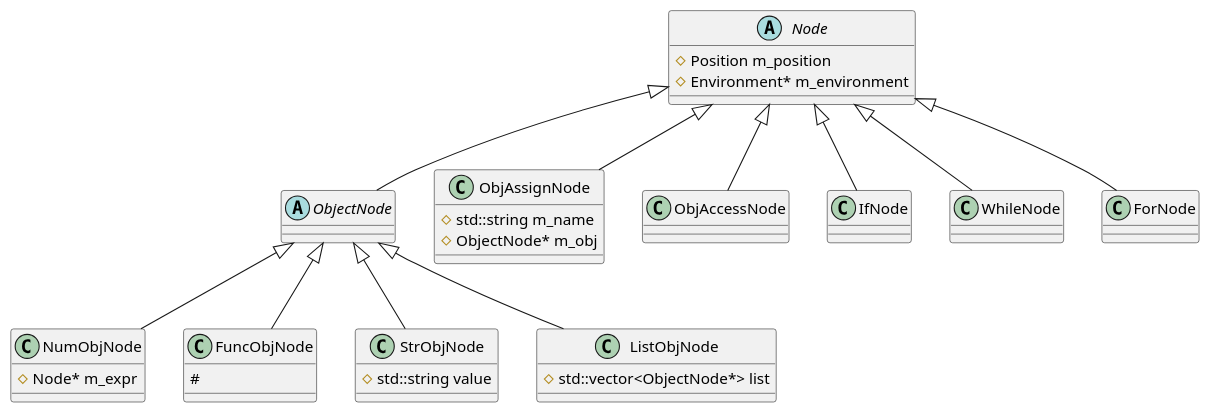
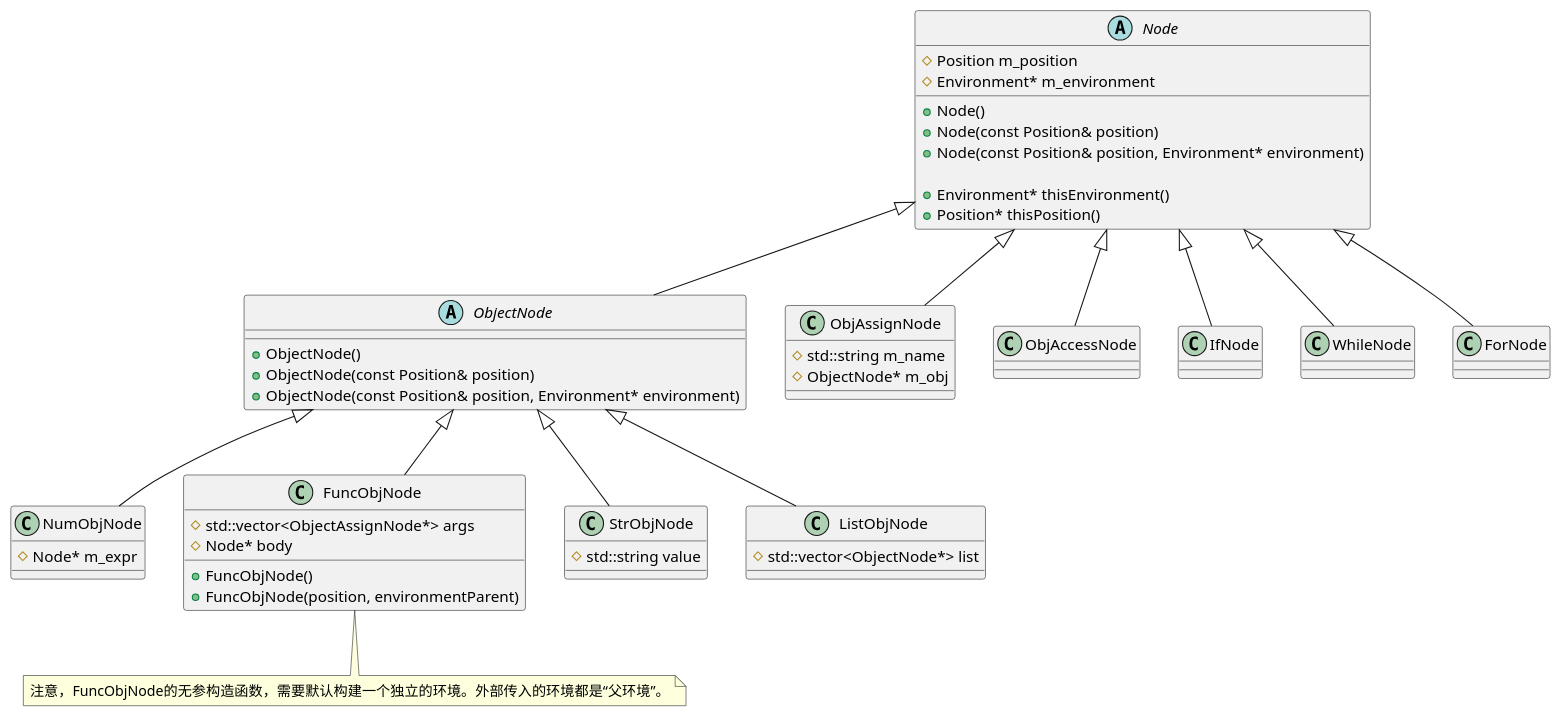
The diagram in doc/uml/node.puml (hereismg/Hydrogen), drawn with PlantUML before and after one commit. The commit also changed 17 other files, not shown here.

```diff
--- a/doc/uml/node.puml
+++ b/doc/uml/node.puml
@@ -1,47 +1,63 @@
 @startuml
 '!include https://unpkg.com/plantuml-style-c4@latest/core.puml
 '!theme std
 
 'https://plantuml.com/class-diagram
 abstract class Node{
     # Position m_position
     # Environment* m_environment
+
+    + Node()
+    + Node(const Position& position)
+    + Node(const Position& position, Environment* environment)
+
+    + Environment* thisEnvironment()
+    + Position* thisPosition()
 }
 
-abstract class ObjectNode
+abstract class ObjectNode{
+    + ObjectNode()
+    + ObjectNode(const Position& position)
+    + ObjectNode(const Position& position, Environment* environment)
+}
 class NumObjNode{
     # Node* m_expr
 }
 class FuncObjNode{
-    #
+    # std::vector<ObjectAssignNode*> args
+    # Node* body
+
+    + FuncObjNode()
+    + FuncObjNode(position, environmentParent)
 }
+note bottom: 注意，FuncObjNode的无参构造函数，需要默认构建一个独立的环境。外部传入的环境都是“父环境”。
 class StrObjNode{
     # std::string value
 }
 class ListObjNode{
     # std::vector<ObjectNode*> list
 }
 
 ObjectNode <|-- NumObjNode
 ObjectNode <|-- FuncObjNode
 ObjectNode <|-- StrObjNode
 ObjectNode <|-- ListObjNode
 
 class ObjAssignNode{
     # std::string m_name
     # ObjectNode* m_obj
 }
 
 class ObjAccessNode
 
 Node <|-- ObjectNode
 Node <|-- ObjAccessNode
 Node <|-- ObjAssignNode
 Node <|-- IfNode
 Node <|-- WhileNode
 Node <|-- ForNode
 
 
 
 
 @enduml
```
